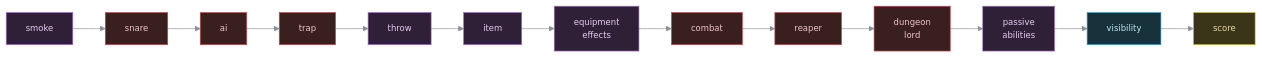
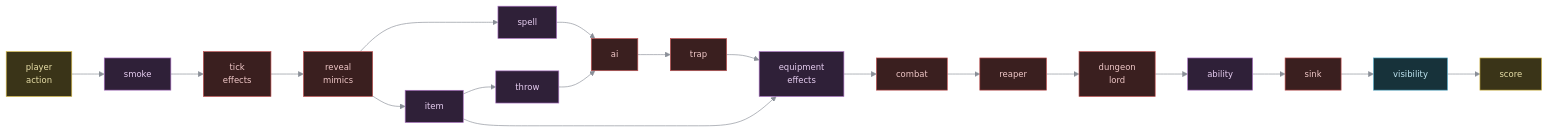
One commit to bae-alves/nihilurk changed the diagram in docs/explanation/ecs-in-nihilurk.md. Above: the diagram before and after it, drawn with Mermaid. The commit also changed other lines of this file and 78 other files, not shown here.

````diff
--- a/docs/explanation/ecs-in-nihilurk.md
+++ b/docs/explanation/ecs-in-nihilurk.md
@@ -46,18 +46,20 @@
 ```mermaid
 %%{init: {'theme':'base','themeVariables':{
   'primaryColor':'#20242b','primaryTextColor':'#d7dae0',
   'primaryBorderColor':'#5c6370','lineColor':'#8a8f98',
   'fontFamily':'ui-monospace, SFMono-Regular, Menlo, monospace',
   'fontSize':'13px'}}}%%
 flowchart LR
-  SM["smoke"]:::magic --> SN["snare"]:::peril --> AI["ai"]:::peril
-  AI --> TR["trap"]:::peril --> TH["throw"]:::magic --> IT["item"]:::magic
-  IT --> EQ["equipment<br/>effects"]:::magic --> CO["combat"]:::peril
-  CO --> RE["reaper"]:::peril --> DL["dungeon<br/>lord"]:::peril
-  DL --> PA["passive<br/>abilities"]:::magic --> VI["visibility"]:::cold
+  PA0["player<br/>action"]:::hero --> SM["smoke"]:::magic --> TE["tick<br/>effects"]:::peril --> RM["reveal<br/>mimics"]:::peril
+  RM --> SP["spell"]:::magic --> AI["ai"]:::peril
+  RM --> IT["item"]:::magic --> TH["throw"]:::magic --> AI
+  AI --> TR["trap"]:::peril --> EQ["equipment<br/>effects"]:::magic
+  IT --> EQ
+  EQ --> CO["combat"]:::peril --> RE["reaper"]:::peril --> DL["dungeon<br/>lord"]:::peril
+  DL --> PA["ability"]:::magic --> SK["sink"]:::peril --> VI["visibility"]:::cold
   VI --> SC["score"]:::hero
   classDef hero fill:#3a3418,stroke:#d7ba4a,color:#e8dfa8
   classDef peril fill:#3a1f1f,stroke:#c05050,color:#f0c8c8
   classDef magic fill:#2f2038,stroke:#a86fc0,color:#e6cdf0
   classDef cold  fill:#17323a,stroke:#4aa3c0,color:#bfe4f0
 ```
````
